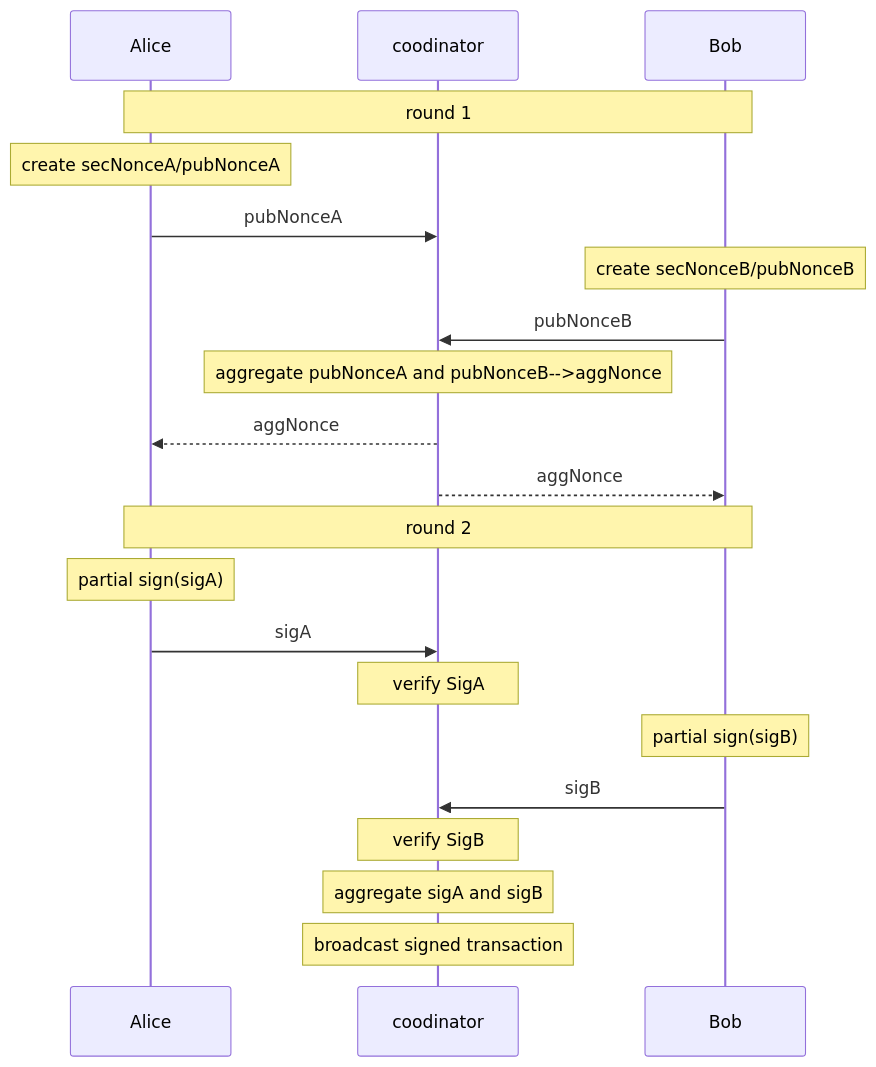
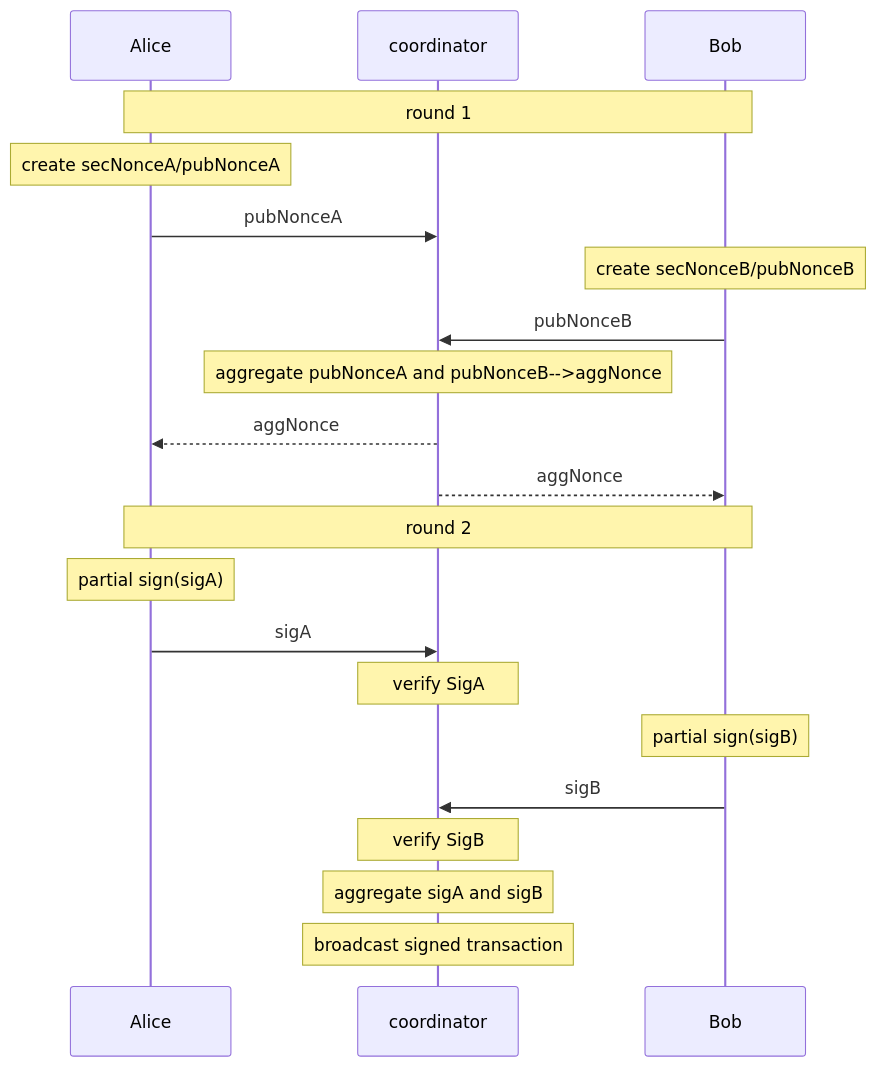
One commit to hirokuma/hirokuma.github.io changed the second of 2 diagrams in bitcoin/musig/musig2_sequence.md. Above: the diagram before and after it, drawn with Mermaid. The commit also changed other lines of this file and 1 other file, not shown here.

````diff
--- a/bitcoin/musig/musig2_sequence.md
+++ b/bitcoin/musig/musig2_sequence.md
@@ -28,25 +28,25 @@
 ```mermaid
 sequenceDiagram
   participant Alice
-  participant coodinator
+  participant coordinator
   participant Bob
 
   Note over Alice,Bob: round 1
   Note over Alice: create secNonceA/pubNonceA
-  Alice->>coodinator: pubNonceA
+  Alice->>coordinator: pubNonceA
   Note over Bob: create secNonceB/pubNonceB
-  Bob->>coodinator: pubNonceB
-  Note over coodinator: aggregate pubNonceA and pubNonceB-->aggNonce
-  coodinator-->>Alice: aggNonce
-  coodinator-->>Bob: aggNonce
+  Bob->>coordinator: pubNonceB
+  Note over coordinator: aggregate pubNonceA and pubNonceB-->aggNonce
+  coordinator-->>Alice: aggNonce
+  coordinator-->>Bob: aggNonce
 
   Note over Alice,Bob: round 2
   Note over Alice: partial sign(sigA)
-  Alice->>coodinator: sigA
-  Note over coodinator: verify SigA
+  Alice->>coordinator: sigA
+  Note over coordinator: verify SigA
   Note over Bob: partial sign(sigB)
-  Bob->>coodinator: sigB
-  Note over coodinator: verify SigB
-  Note over coodinator: aggregate sigA and sigB
-  Note over coodinator: broadcast signed transaction
+  Bob->>coordinator: sigB
+  Note over coordinator: verify SigB
+  Note over coordinator: aggregate sigA and sigB
+  Note over coordinator: broadcast signed transaction
 ```
````
